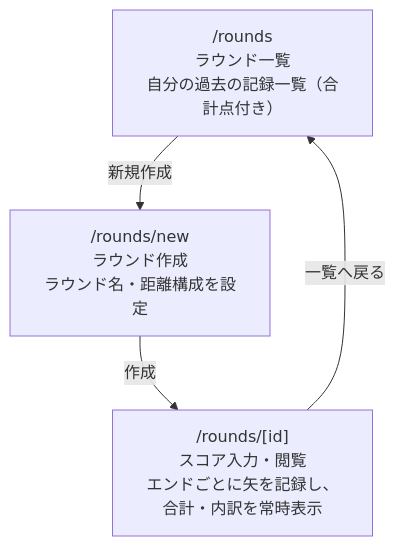
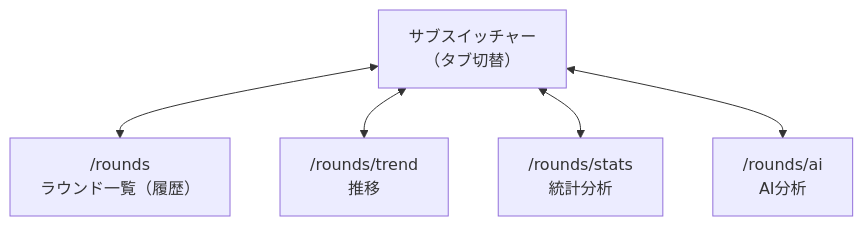
The third of 5 diagrams in docs/screen-flow.md (yukiyamasaki6/aims), drawn with Mermaid before and after one commit. The commit also changed other lines of this file and 2 other files, not shown here.

First line of the commit message:
docs: 全体の画面遷移図とレイアウト方針を整理する (#108)

````diff
--- a/docs/screen-flow.md
+++ b/docs/screen-flow.md
@@ -5,10 +59,13 @@
 ```mermaid
 flowchart TD
-    Home["/rounds<br/>ラウンド一覧<br/>自分の過去の記録一覧（合計点付き）"]
-    New["/rounds/new<br/>ラウンド作成<br/>ラウンド名・距離構成を設定"]
-    Round["/rounds/[id]<br/>スコア入力・閲覧<br/>エンドごとに矢を記録し、合計・内訳を常時表示"]
+    PSwitcher["サブスイッチャー<br/>（タブ切替）"]
+    PRounds["/rounds<br/>ラウンド一覧（履歴）"]
+    PTrend["/rounds/trend<br/>推移"]
+    PStats["/rounds/stats<br/>統計分析"]
+    PAI["/rounds/ai<br/>AI分析"]
 
-    Home -- 新規作成 --> New
-    New -- 作成 --> Round
-    Round -- 一覧へ戻る --> Home
+    PSwitcher <--> PRounds
+    PSwitcher <--> PTrend
+    PSwitcher <--> PStats
+    PSwitcher <--> PAI
 ```
````
